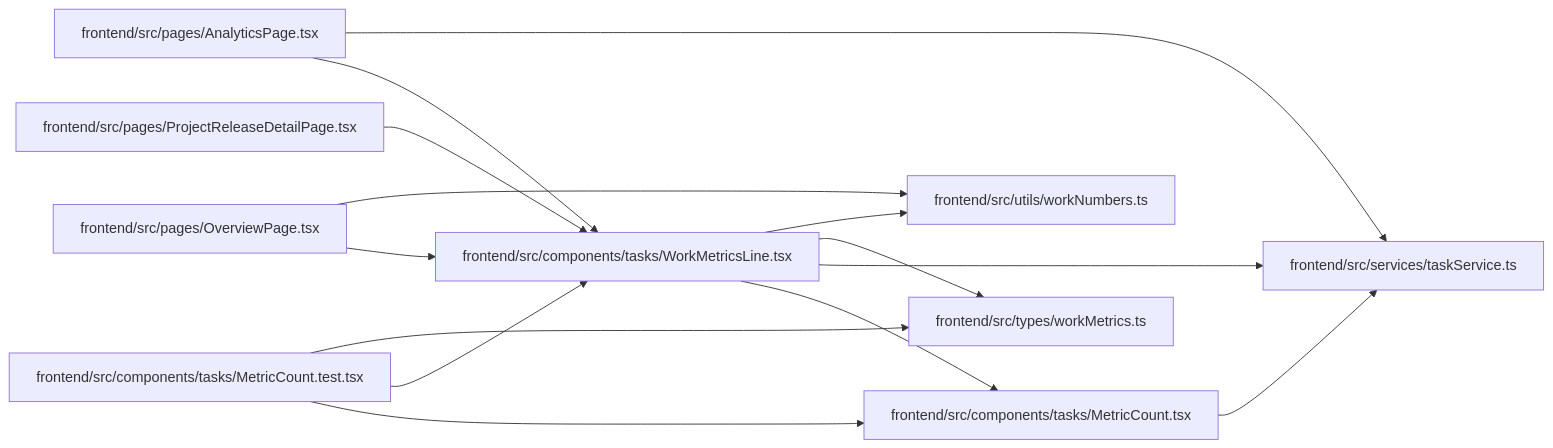
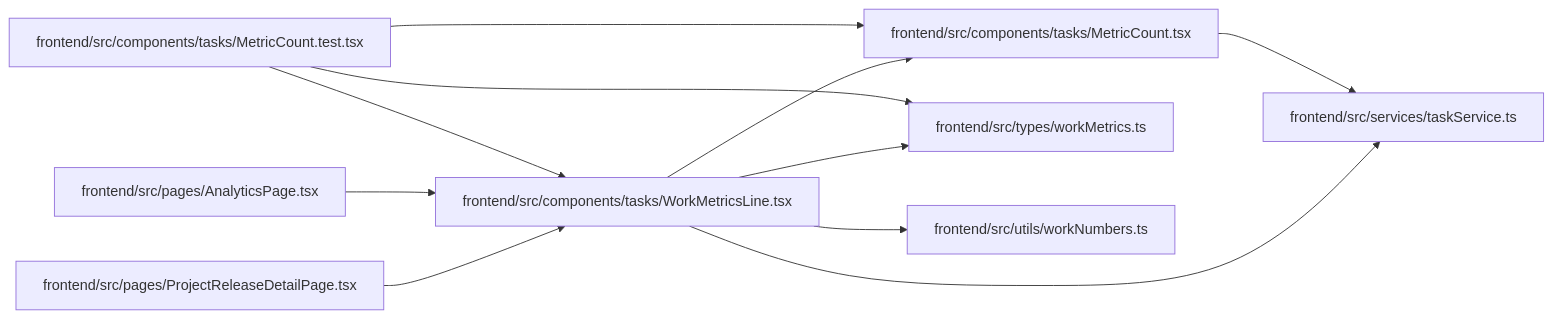
The diagram in docs/llm_wiki/modules/WorkMetricsLine.md (Denissvgn/WorkChord), drawn with Mermaid before and after one commit. The commit also changed other lines of this file and 2373 other files, not shown here.

````diff
--- a/docs/llm_wiki/modules/WorkMetricsLine.md
+++ b/docs/llm_wiki/modules/WorkMetricsLine.md
@@ -30,34 +30,29 @@
 ```mermaid
 flowchart LR
     n0["frontend/src/components/tasks/MetricCount.test.tsx"]
     n1["frontend/src/components/tasks/MetricCount.tsx"]
     n2["frontend/src/components/tasks/WorkMetricsLine.tsx"]
     n3["frontend/src/pages/AnalyticsPage.tsx"]
-    n4["frontend/src/pages/OverviewPage.tsx"]
-    n5["frontend/src/pages/ProjectReleaseDetailPage.tsx"]
-    n6["frontend/src/services/taskService.ts"]
-    n7["frontend/src/types/workMetrics.ts"]
-    n8["frontend/src/utils/workNumbers.ts"]
+    n4["frontend/src/pages/ProjectReleaseDetailPage.tsx"]
+    n5["frontend/src/services/taskService.ts"]
+    n6["frontend/src/types/workMetrics.ts"]
+    n7["frontend/src/utils/workNumbers.ts"]
     n0 --> n1
     n0 --> n2
-    n0 --> n7
-    n1 --> n6
+    n0 --> n6
+    n1 --> n5
     n2 --> n1
+    n2 --> n5
     n2 --> n6
     n2 --> n7
-    n2 --> n8
     n3 --> n2
-    n3 --> n6
     n4 --> n2
-    n4 --> n8
-    n5 --> n2
     click n0 "../modules/MetricCount.test.md"
     click n1 "../modules/MetricCount.md"
     click n2 "../modules/WorkMetricsLine.md"
     click n3 "../modules/AnalyticsPage.md"
-    click n4 "../modules/OverviewPage.md"
-    click n5 "../modules/ProjectReleaseDetailPage.md"
-    click n6 "../modules/taskService.md"
-    click n7 "../modules/workMetrics.md"
-    click n8 "../modules/workNumbers.md"
+    click n4 "../modules/ProjectReleaseDetailPage.md"
+    click n5 "../modules/taskService.md"
+    click n6 "../modules/workMetrics.md"
+    click n7 "../modules/workNumbers.md"
 ```
````
